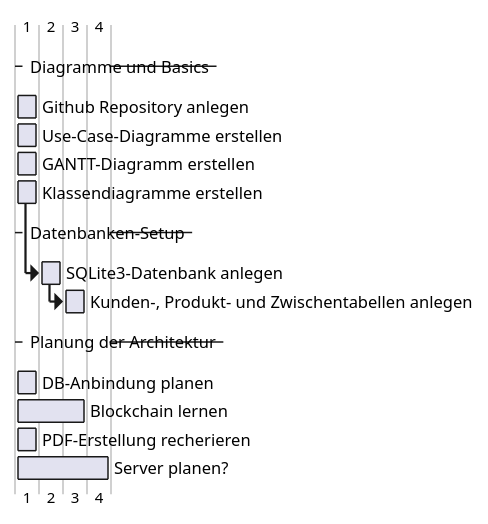
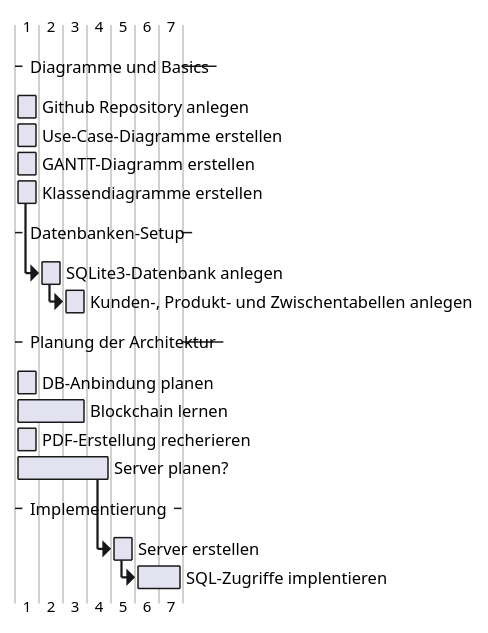
The diagram in gantt.pu (Malte-cbm/node_projekt), drawn with PlantUML before and after one commit.

Commit message:
gantt2 und repotest

```diff
--- a/gantt.pu
+++ b/gantt.pu
@@ -2,21 +2,27 @@
 @startgantt Gantt-Diagramm
 
 --Diagramme und Basics--
 
 [Github Repository anlegen] requires 1 day
 [Use-Case-Diagramme erstellen] requires 1 day
 [GANTT-Diagramm erstellen] requires 1 day
 [Klassendiagramme erstellen] requires 1 day
 
 --Datenbanken-Setup--
 [SQLite3-Datenbank anlegen] requires 1 day 
 [SQLite3-Datenbank anlegen] starts at [Klassendiagramme erstellen]'s end
 [Kunden-, Produkt- und Zwischentabellen anlegen] requires 1 day
 [Kunden-, Produkt- und Zwischentabellen anlegen] starts at [SQLite3-Datenbank anlegen]'s end
 
 --Planung der Architektur--
 [DB-Anbindung planen] requires 1 day
 [Blockchain lernen] requires 3 days
 [PDF-Erstellung recherieren] requires 1 day
 [Server planen?] requires 4 days
+
+--Implementierung--
+[Server erstellen] requires 1 day
+[Server erstellen] starts at [Server planen?]'s end
+[SQL-Zugriffe implentieren] requires 2 days
+[SQL-Zugriffe implentieren] starts at [Server erstellen]'s end
 @endgantt
```
